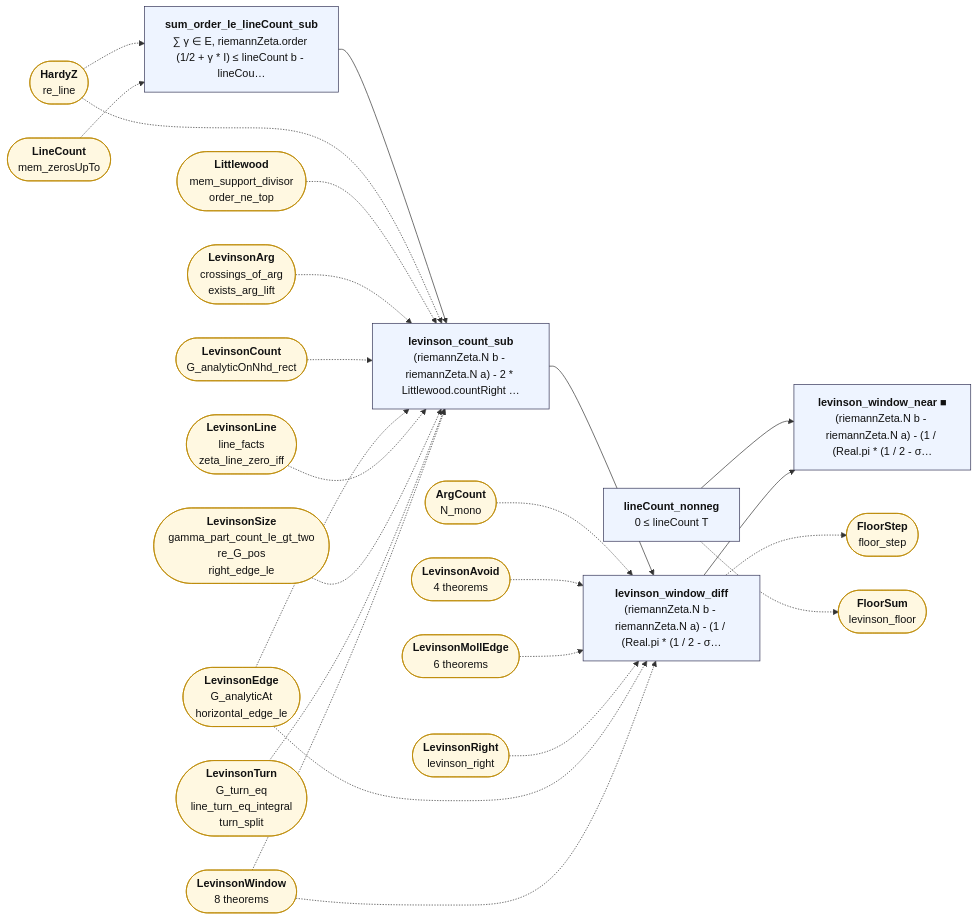
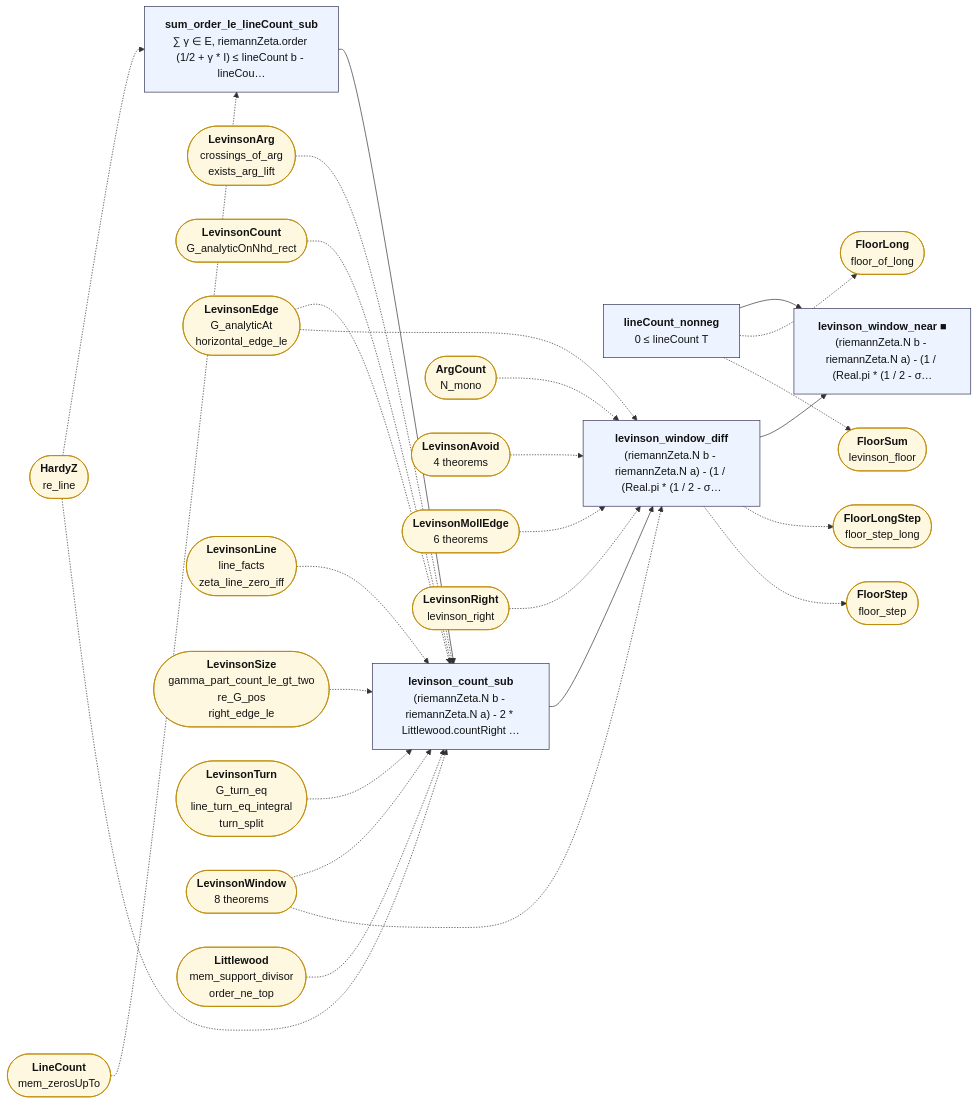
The diagram in map/lean_stage3/LevinsonWindowNear.md (juliansambranojr/Primebeat_081426), drawn with Mermaid before and after one commit. The commit also changed other lines of this file and 64 other files, not shown here.

````diff
--- a/map/lean_stage3/LevinsonWindowNear.md
+++ b/map/lean_stage3/LevinsonWindowNear.md
@@ -14,55 +14,59 @@
 ```mermaid
 flowchart LR
   n0["<b>sum_order_le_lineCount_sub</b><br/>∑ γ ∈ E, riemannZeta.order (1/2 + γ * I) ≤ lineCount b - lineCou…"]:::thm
   n1["<b>lineCount_nonneg</b><br/>0 ≤ lineCount T"]:::thm
   n2["<b>levinson_count_sub</b><br/>(riemannZeta.N b - riemannZeta.N a) - 2 * Littlewood.countRight …"]:::thm
   n3["<b>levinson_window_diff</b><br/>(riemannZeta.N b - riemannZeta.N a) - (1 / (Real.pi * (1 / 2 - σ…"]:::thm
   n4["<b>levinson_window_near ■</b><br/>(riemannZeta.N b - riemannZeta.N a) - (1 / (Real.pi * (1 / 2 - σ…"]:::thm
   x0(["<b>HardyZ</b><br/>re_line"]):::ext
   x1(["<b>LineCount</b><br/>mem_zerosUpTo"]):::ext
-  x2(["<b>FloorSum</b><br/>levinson_floor"]):::ext
-  x3(["<b>LevinsonArg</b><br/>crossings_of_arg<br/>exists_arg_lift"]):::ext
-  x4(["<b>LevinsonCount</b><br/>G_analyticOnNhd_rect"]):::ext
-  x5(["<b>LevinsonEdge</b><br/>G_analyticAt<br/>horizontal_edge_le"]):::ext
-  x6(["<b>LevinsonLine</b><br/>line_facts<br/>zeta_line_zero_iff"]):::ext
-  x7(["<b>LevinsonSize</b><br/>gamma_part_count_le_gt_two<br/>re_G_pos<br/>right_edge_le"]):::ext
-  x8(["<b>LevinsonTurn</b><br/>G_turn_eq<br/>line_turn_eq_integral<br/>turn_split"]):::ext
-  x9(["<b>LevinsonWindow</b><br/>8 theorems"]):::ext
-  x10(["<b>Littlewood</b><br/>mem_support_divisor<br/>order_ne_top"]):::ext
-  x11(["<b>ArgCount</b><br/>N_mono"]):::ext
-  x12(["<b>LevinsonAvoid</b><br/>4 theorems"]):::ext
-  x13(["<b>LevinsonMollEdge</b><br/>6 theorems"]):::ext
-  x14(["<b>LevinsonRight</b><br/>levinson_right"]):::ext
-  x15(["<b>FloorStep</b><br/>floor_step"]):::ext
+  x2(["<b>FloorLong</b><br/>floor_of_long"]):::ext
+  x3(["<b>FloorSum</b><br/>levinson_floor"]):::ext
+  x4(["<b>LevinsonArg</b><br/>crossings_of_arg<br/>exists_arg_lift"]):::ext
+  x5(["<b>LevinsonCount</b><br/>G_analyticOnNhd_rect"]):::ext
+  x6(["<b>LevinsonEdge</b><br/>G_analyticAt<br/>horizontal_edge_le"]):::ext
+  x7(["<b>LevinsonLine</b><br/>line_facts<br/>zeta_line_zero_iff"]):::ext
+  x8(["<b>LevinsonSize</b><br/>gamma_part_count_le_gt_two<br/>re_G_pos<br/>right_edge_le"]):::ext
+  x9(["<b>LevinsonTurn</b><br/>G_turn_eq<br/>line_turn_eq_integral<br/>turn_split"]):::ext
+  x10(["<b>LevinsonWindow</b><br/>8 theorems"]):::ext
+  x11(["<b>Littlewood</b><br/>mem_support_divisor<br/>order_ne_top"]):::ext
+  x12(["<b>ArgCount</b><br/>N_mono"]):::ext
+  x13(["<b>LevinsonAvoid</b><br/>4 theorems"]):::ext
+  x14(["<b>LevinsonMollEdge</b><br/>6 theorems"]):::ext
+  x15(["<b>LevinsonRight</b><br/>levinson_right"]):::ext
+  x16(["<b>FloorLongStep</b><br/>floor_step_long"]):::ext
+  x17(["<b>FloorStep</b><br/>floor_step"]):::ext
   n0 --> n2
   n1 --> n4
   n2 --> n3
   n3 --> n4
   n1 -.-> x2
-  n3 -.-> x15
+  n1 -.-> x3
+  n3 -.-> x16
+  n3 -.-> x17
   x0 -.-> n0
   x0 -.-> n2
   x1 -.-> n0
   x10 -.-> n2
-  x11 -.-> n3
+  x10 -.-> n3
+  x11 -.-> n2
   x12 -.-> n3
   x13 -.-> n3
   x14 -.-> n3
-  x3 -.-> n2
+  x15 -.-> n3
   x4 -.-> n2
   x5 -.-> n2
-  x5 -.-> n3
   x6 -.-> n2
+  x6 -.-> n3
   x7 -.-> n2
   x8 -.-> n2
   x9 -.-> n2
-  x9 -.-> n3
   classDef cnt fill:#dff5ec,stroke:#17694a,color:#111
   classDef shp fill:#f1ecfb,stroke:#5b3fa0,color:#111
   classDef rh fill:#ffe5e5,stroke:#c22,color:#111,stroke-width:2px
   classDef thm fill:#eef4ff,stroke:#335,color:#111
   classDef end_ fill:#e7f7e7,stroke:#2a7,color:#111,stroke-width:2px
   classDef lone fill:#fff,stroke:#999,color:#111,stroke-dasharray:4 3
   classDef bad fill:#ffe5e5,stroke:#c22,color:#111,stroke-width:2px
   classDef ext fill:#fff8e1,stroke:#b80,color:#111
 ```
````
